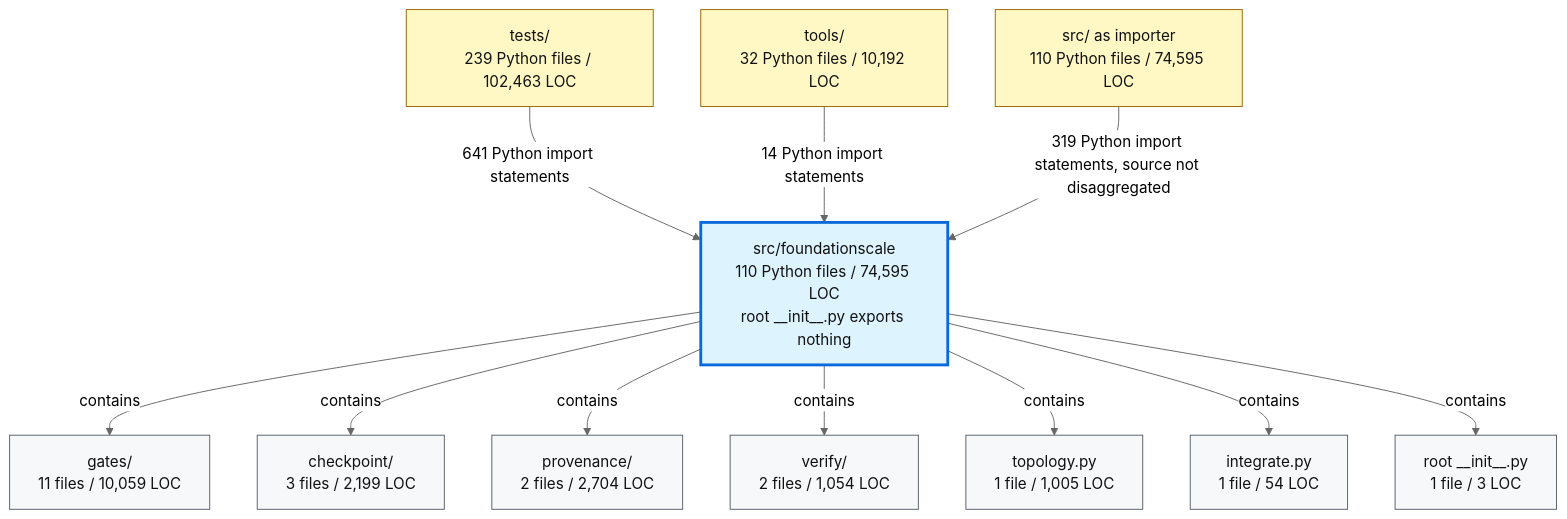
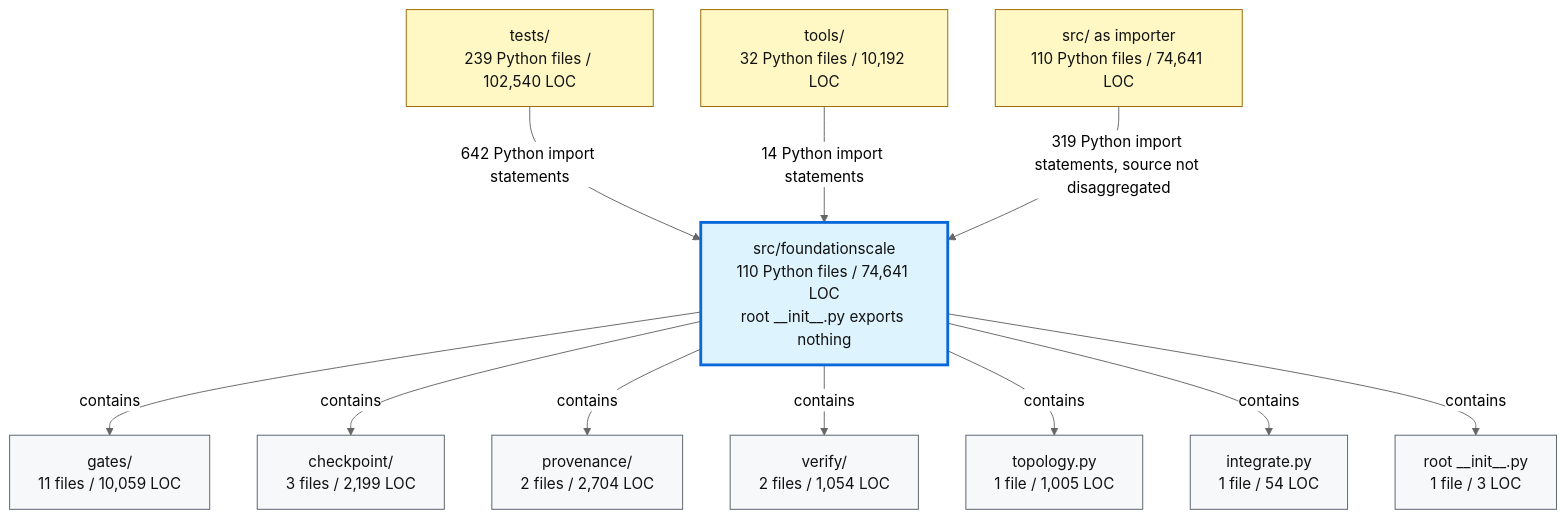
The second of 2 diagrams in docs/review/D2_current_architecture.md (TranNhiem/FoundationScale), drawn with Mermaid (neutral theme) before and after one commit. The commit also changed other lines of this file and 17 other files, not shown here.

````diff
--- a/docs/review/D2_current_architecture.md
+++ b/docs/review/D2_current_architecture.md
@@ -97,36 +97,36 @@
 ```mermaid
 flowchart TB
-  TESTS["tests/<br/>239 Python files / 102,463 LOC"]
+  TESTS["tests/<br/>239 Python files / 102,540 LOC"]
   TOOLS["tools/<br/>32 Python files / 10,192 LOC"]
-  SRC["src/ as importer<br/>110 Python files / 74,595 LOC"]
+  SRC["src/ as importer<br/>110 Python files / 74,641 LOC"]
 
-  FS["src/foundationscale<br/>110 Python files / 74,595 LOC<br/>root __init__.py exports nothing"]
+  FS["src/foundationscale<br/>110 Python files / 74,641 LOC<br/>root __init__.py exports nothing"]
 
   GATES["gates/<br/>11 files / 10,059 LOC"]
   CKPT["checkpoint/<br/>3 files / 2,199 LOC"]
   PROV["provenance/<br/>2 files / 2,704 LOC"]
   VERIFY["verify/<br/>2 files / 1,054 LOC"]
   TOPO["topology.py<br/>1 file / 1,005 LOC"]
   INTEG["integrate.py<br/>1 file / 54 LOC"]
   ROOT["root __init__.py<br/>1 file / 3 LOC"]
 
-  TESTS -->|"641 Python import statements"| FS
+  TESTS -->|"642 Python import statements"| FS
   TOOLS -->|"14 Python import statements"| FS
   SRC -->|"319 Python import statements, source not disaggregated"| FS
 
   FS -->|"contains"| GATES
   FS -->|"contains"| CKPT
   FS -->|"contains"| PROV
   FS -->|"contains"| VERIFY
   FS -->|"contains"| TOPO
   FS -->|"contains"| INTEG
   FS -->|"contains"| ROOT
 
   classDef consumer fill:#fff8c5,stroke:#9a6700,color:#111;
   classDef package fill:#ddf4ff,stroke:#0969da,stroke-width:3px,color:#111;
   classDef module fill:#f6f8fa,stroke:#57606a,color:#111;
 
   class TESTS,TOOLS,SRC consumer;
   class FS package;
   class GATES,CKPT,PROV,VERIFY,TOPO,INTEG,ROOT module;
 ```
````
